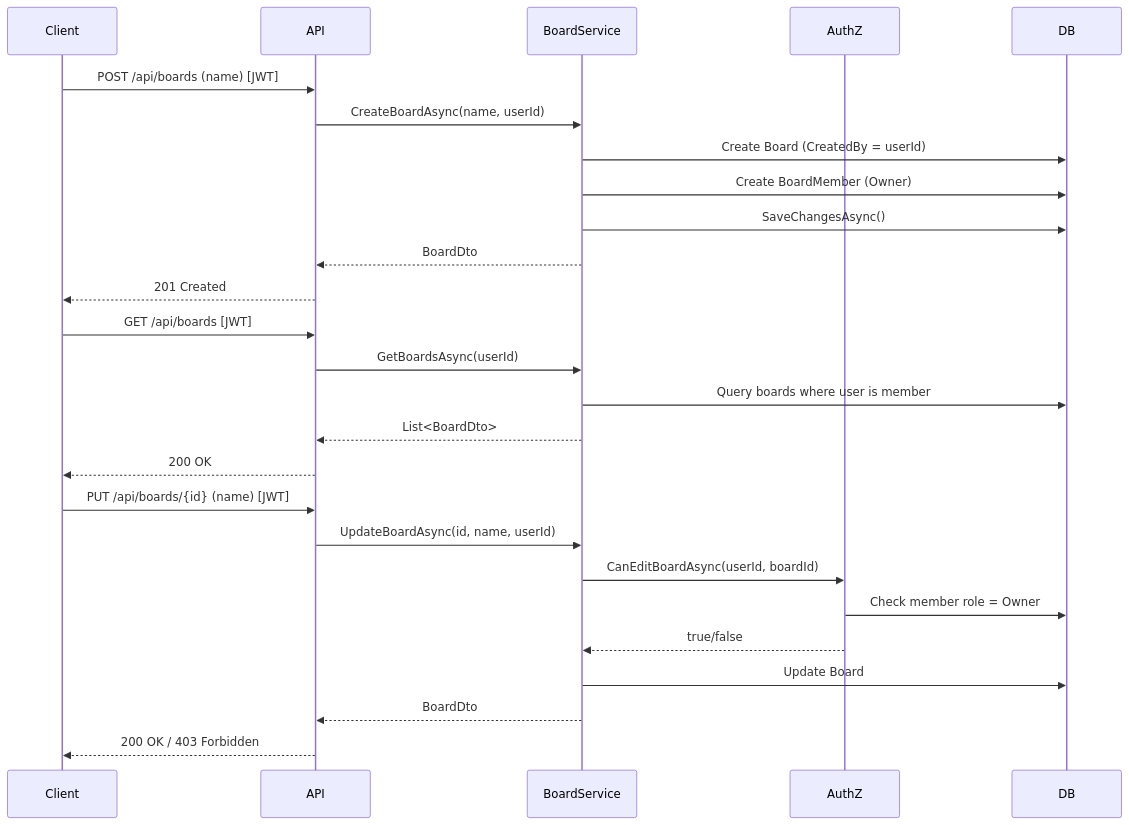
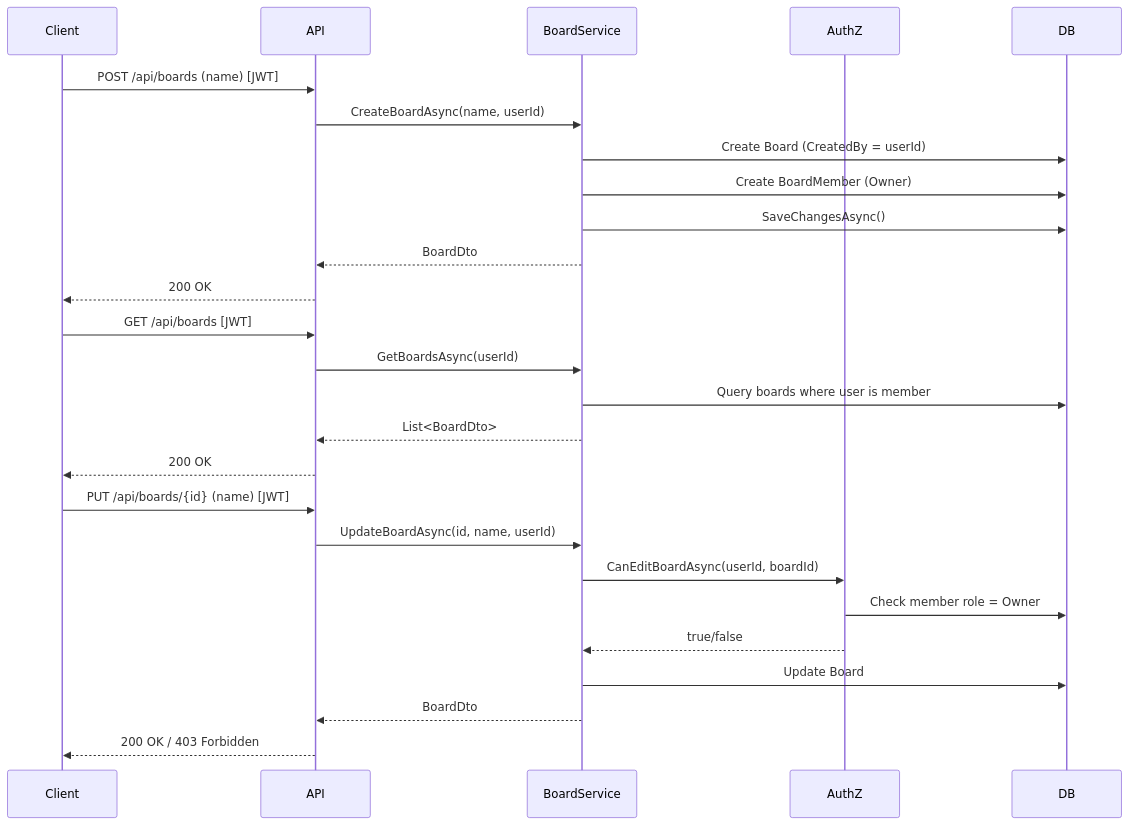
One commit to ugogalliano/Pinboard changed the fourth of 5 diagrams in apps/server/ARCHITECTURE.md. Above: the diagram before and after it, drawn with Mermaid. The commit also changed other lines of this file and 3 other files, not shown here.

Commit message:
chore(server): remove placeholder test; refresh AGENTS/ARCHITECTURE/README to match remediated code

````diff
--- a/apps/server/ARCHITECTURE.md
+++ b/apps/server/ARCHITECTURE.md
@@ -197,31 +196,31 @@
 ```mermaid
 sequenceDiagram
     participant Client
     participant API
     participant BoardService
     participant AuthZ
     participant DB
 
     Client->>API: POST /api/boards (name) [JWT]
     API->>BoardService: CreateBoardAsync(name, userId)
     BoardService->>DB: Create Board (CreatedBy = userId)
     BoardService->>DB: Create BoardMember (Owner)
     BoardService->>DB: SaveChangesAsync()
     BoardService-->>API: BoardDto
-    API-->>Client: 201 Created
+    API-->>Client: 200 OK
 
     Client->>API: GET /api/boards [JWT]
     API->>BoardService: GetBoardsAsync(userId)
     BoardService->>DB: Query boards where user is member
     BoardService-->>API: List<BoardDto>
     API-->>Client: 200 OK
 
     Client->>API: PUT /api/boards/{id} (name) [JWT]
     API->>BoardService: UpdateBoardAsync(id, name, userId)
     BoardService->>AuthZ: CanEditBoardAsync(userId, boardId)
     AuthZ->>DB: Check member role = Owner
     AuthZ-->>BoardService: true/false
     BoardService->>DB: Update Board
     BoardService-->>API: BoardDto
     API-->>Client: 200 OK / 403 Forbidden
 ```
````
